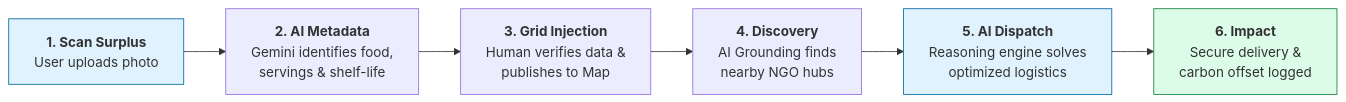
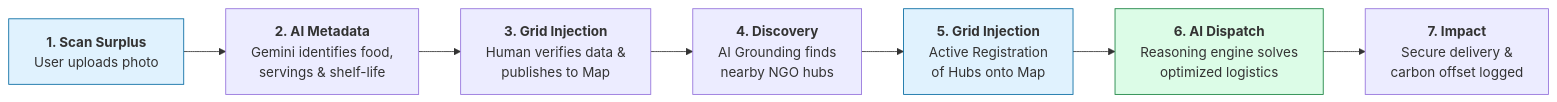
One commit to xaskoiking/Global-AI-Inventory-Allocation- changed the first of 2 diagrams in README.md. Above: the diagram before and after it, drawn with Mermaid. The commit also changed other lines of this file and 5 other files, not shown here.

Commit message:
feat: implement map grounding for discovered hubs and update documentation

````diff
--- a/README.md
+++ b/README.md
@@ -15,12 +15,13 @@
 ```mermaid
 flowchart LR
     A[<b>1. Scan Surplus</b><br/>User uploads photo] --> B[<b>2. AI Metadata</b><br/>Gemini identifies food,<br/>servings & shelf-life]
     B --> C[<b>3. Grid Injection</b><br/>Human verifies data &<br/>publishes to Map]
     C --> D[<b>4. Discovery</b><br/>AI Grounding finds<br/>nearby NGO hubs]
-    D --> E[<b>5. AI Dispatch</b><br/>Reasoning engine solves<br/>optimized logistics]
-    E --> F[<b>6. Impact</b><br/>Secure delivery &<br/>carbon offset logged]
+    D --> E[<b>5. Grid Injection</b><br/>Active Registration<br/>of Hubs onto Map]
+    E --> F[<b>6. AI Dispatch</b><br/>Reasoning engine solves<br/>optimized logistics]
+    F --> G[<b>7. Impact</b><br/>Secure delivery &<br/>carbon offset logged]
     
     style A fill:#e0f2fe,stroke:#0369a1
     style E fill:#e0f2fe,stroke:#0369a1
     style F fill:#dcfce7,stroke:#15803d
 ```
````
